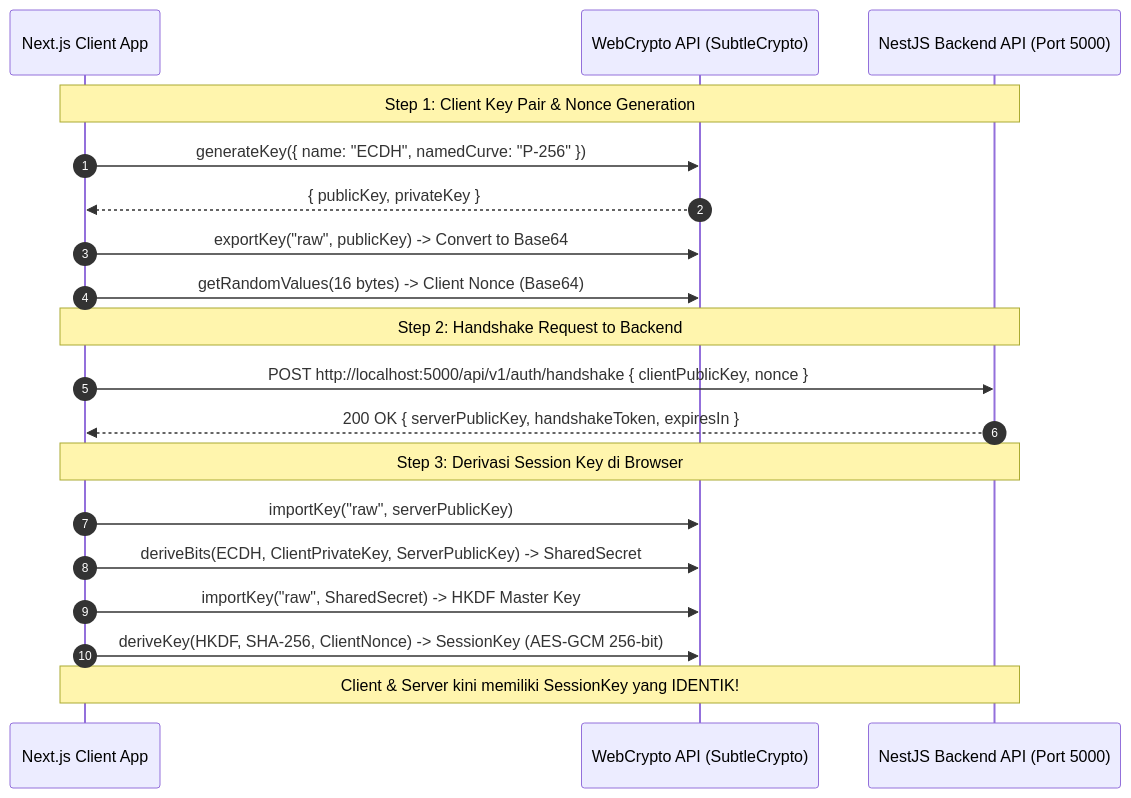
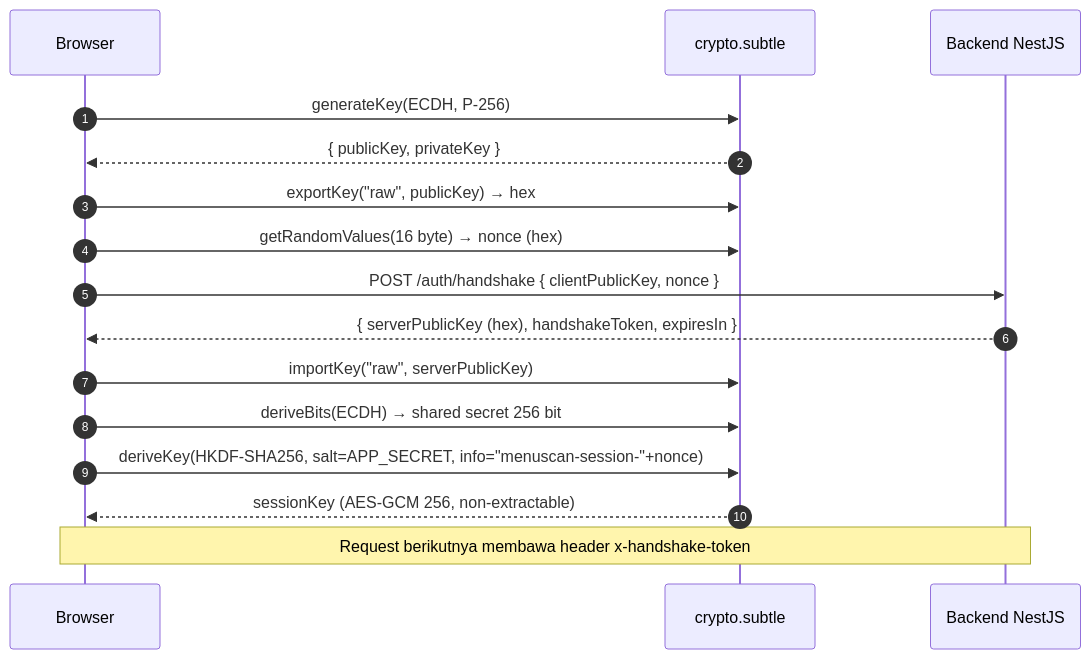
One commit to dwigunardi/fe-menu-scan-latihan changed the diagram in docs/fe/security/client-crypto-strategy.md. Above: the diagram before and after it, drawn with Mermaid. The commit also changed other lines of this file and 17 other files, not shown here.

````diff
--- a/docs/fe/security/client-crypto-strategy.md
+++ b/docs/fe/security/client-crypto-strategy.md
@@ -37,25 +45,22 @@
 ```mermaid
 sequenceDiagram
     autonumber
-    participant App as Next.js Client App
-    participant Crypto as WebCrypto API (SubtleCrypto)
-    participant Server as NestJS Backend API (Port 5000)
+    participant App as Browser
+    participant Crypto as crypto.subtle
+    participant Server as Backend NestJS
 
-    Note over App,Server: Step 1: Client Key Pair & Nonce Generation
-    App->>Crypto: generateKey({ name: "ECDH", namedCurve: "P-256" })
+    App->>Crypto: generateKey(ECDH, P-256)
     Crypto-->>App: { publicKey, privateKey }
-    App->>Crypto: exportKey("raw", publicKey) -> Convert to Base64
-    App->>Crypto: getRandomValues(16 bytes) -> Client Nonce (Base64)
+    App->>Crypto: exportKey("raw", publicKey) → hex
+    App->>Crypto: getRandomValues(16 byte) → nonce (hex)
 
-    Note over App,Server: Step 2: Handshake Request to Backend
-    App->>Server: POST http://localhost:5000/api/v1/auth/handshake { clientPublicKey, nonce }
-    Server-->>App: 200 OK { serverPublicKey, handshakeToken, expiresIn }
+    App->>Server: POST /auth/handshake { clientPublicKey, nonce }
+    Server-->>App: { serverPublicKey (hex), handshakeToken, expiresIn }
 
-    Note over App,Server: Step 3: Derivasi Session Key di Browser
     App->>Crypto: importKey("raw", serverPublicKey)
-    App->>Crypto: deriveBits(ECDH, ClientPrivateKey, ServerPublicKey) -> SharedSecret
-    App->>Crypto: importKey("raw", SharedSecret) -> HKDF Master Key
-    App->>Crypto: deriveKey(HKDF, SHA-256, ClientNonce) -> SessionKey (AES-GCM 256-bit)
-    
-    Note over App,Server: Client & Server kini memiliki SessionKey yang IDENTIK!
+    App->>Crypto: deriveBits(ECDH) → shared secret 256 bit
+    App->>Crypto: deriveKey(HKDF-SHA256, salt=APP_SECRET, info="menuscan-session-"+nonce)
+    Crypto-->>App: sessionKey (AES-GCM 256, non-extractable)
+
+    Note over App,Server: Request berikutnya membawa header x-handshake-token
 ```
````
